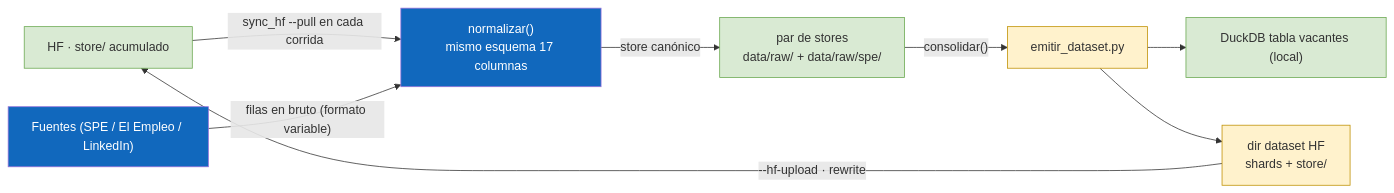
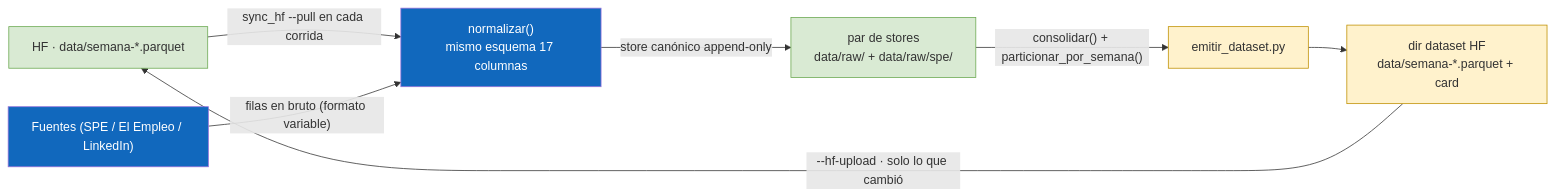
The fifth of 8 diagrams in docs/arquitectura.md (shalom-A26/SEXTANTE), drawn with Mermaid before and after one commit. The commit also changed other lines of this file and 9 other files, not shown here.

````diff
--- a/docs/arquitectura.md
+++ b/docs/arquitectura.md
@@ -245,17 +250,16 @@
 ```mermaid
 flowchart LR
-    hub["HF · store/ acumulado"] -->|"sync_hf --pull en cada corrida"| norm["normalizar()\nmismo esquema 17 columnas"]
+    hub["HF · data/semana-*.parquet"] -->|"sync_hf --pull en cada corrida"| norm["normalizar()\nmismo esquema 17 columnas"]
     fuentes["Fuentes (SPE / El Empleo / LinkedIn)"] -->|"filas en bruto (formato variable)"| norm
-    norm -->|"store canónico"| stores["par de stores<br/>data/raw/ + data/raw/spe/"]
-    stores -->|"consolidar()"| emit["emitir_dataset.py"]
-    emit --> duck["DuckDB tabla vacantes (local)"]
-    emit --> hfdir["dir dataset HF<br/>shards + store/"]
-    hfdir -->|"--hf-upload · rewrite"| hub
+    norm -->|"store canónico append-only"| stores["par de stores\ndata/raw/ + data/raw/spe/"]
+    stores -->|"consolidar() + particionar_por_semana()"| emit["emitir_dataset.py"]
+    emit --> hfdir["dir dataset HF\ndata/semana-*.parquet + card"]
+    hfdir -->|"--hf-upload · solo lo que cambió"| hub
 
     classDef d1 fill:#1168bd,color:#fff;
     classDef d2 fill:#d9ead3,stroke:#6aa84f;
     classDef d3 fill:#fff2cc,stroke:#bf9000;
     class fuentes,norm d1;
-    class stores,duck,hub d2;
+    class stores,hub d2;
     class emit,hfdir d3;
 ```
````
